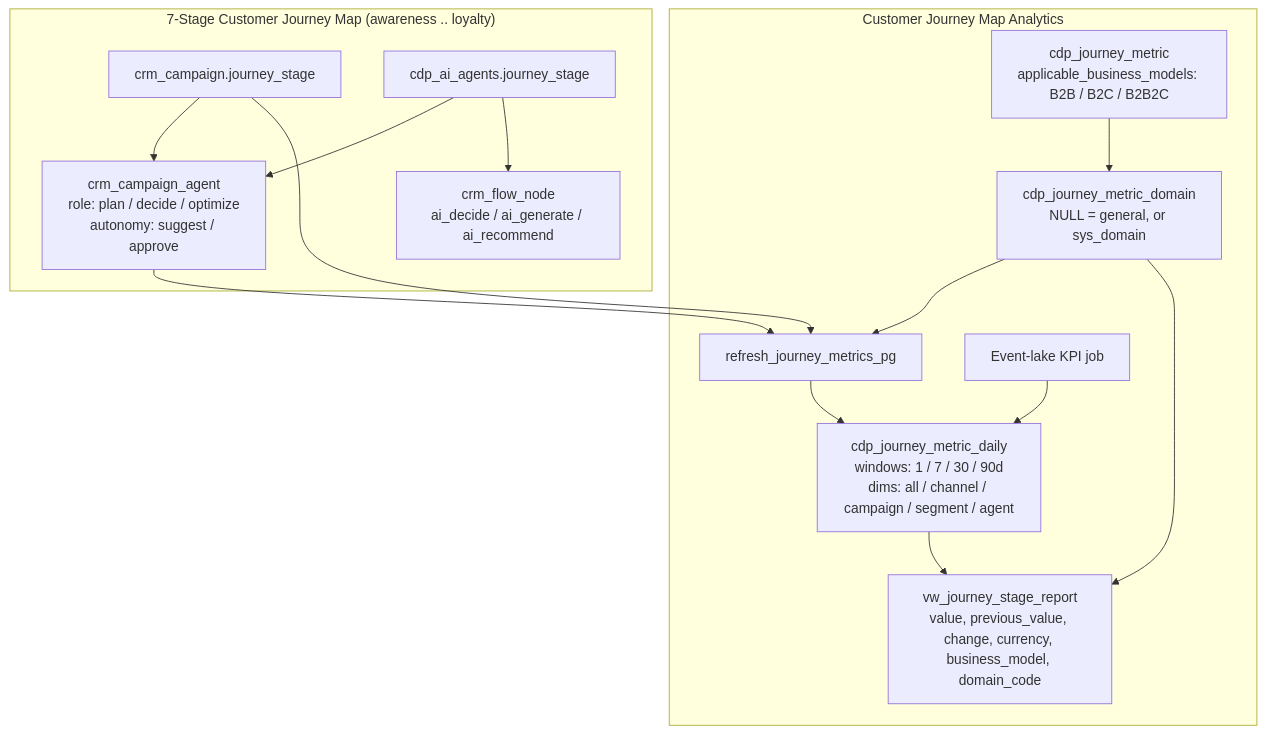
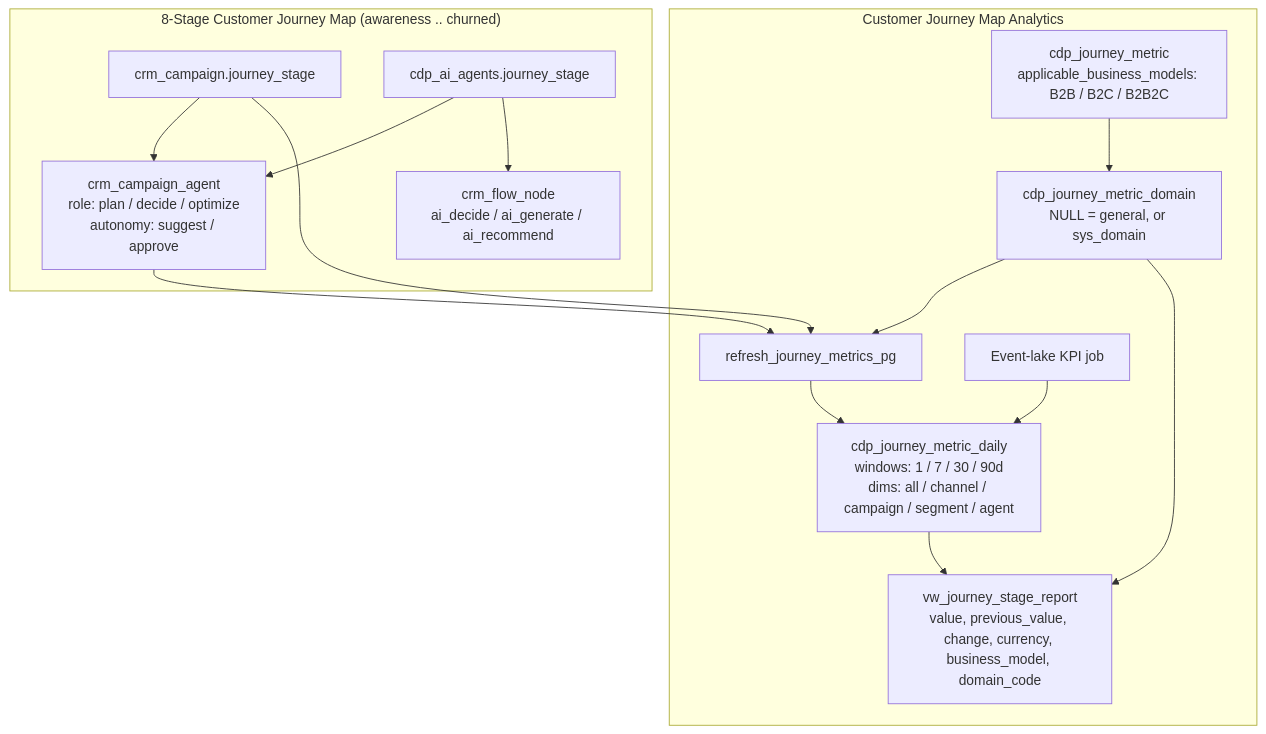
Before and after one commit to LEO-CDP/leo-customer360: the third of 3 diagrams in docs/marketing/MARKETING-WORKFLOW.md, drawn with Mermaid. The commit also changed other lines of this file and 20 other files, not shown here.

First line of the commit message:
feat: Add 'churned' stage to customer journey and update related components

````diff
--- a/docs/marketing/MARKETING-WORKFLOW.md
+++ b/docs/marketing/MARKETING-WORKFLOW.md
@@ -631,28 +631,28 @@
 ```mermaid
 flowchart TB
-    subgraph JourneyMap["7-Stage Customer Journey Map (awareness .. loyalty)"]
+    subgraph JourneyMap["8-Stage Customer Journey Map (awareness .. churned)"]
         C[crm_campaign.journey_stage]
         A[cdp_ai_agents.journey_stage]
         CA[crm_campaign_agent<br/>role: plan / decide / optimize<br/>autonomy: suggest / approve]
         FN[crm_flow_node<br/>ai_decide / ai_generate / ai_recommend]
     end
     subgraph Reporting["Customer Journey Map Analytics"]
         MC[cdp_journey_metric<br/>applicable_business_models: B2B / B2C / B2B2C]
         MD[cdp_journey_metric_domain<br/>NULL = general, or sys_domain]
         REFRESH[refresh_journey_metrics_pg]
         LAKE[Event-lake KPI job]
         DAILY[cdp_journey_metric_daily<br/>windows: 1 / 7 / 30 / 90d<br/>dims: all / channel / campaign / segment / agent]
         VIEW[vw_journey_stage_report<br/>value, previous_value, change, currency, business_model, domain_code]
     end
     A --> CA
     C --> CA
     A --> FN
     C --> REFRESH
     CA --> REFRESH
     MC --> MD
     MD --> REFRESH
     REFRESH --> DAILY
     LAKE --> DAILY
     DAILY --> VIEW
     MD --> VIEW
 ```
````
